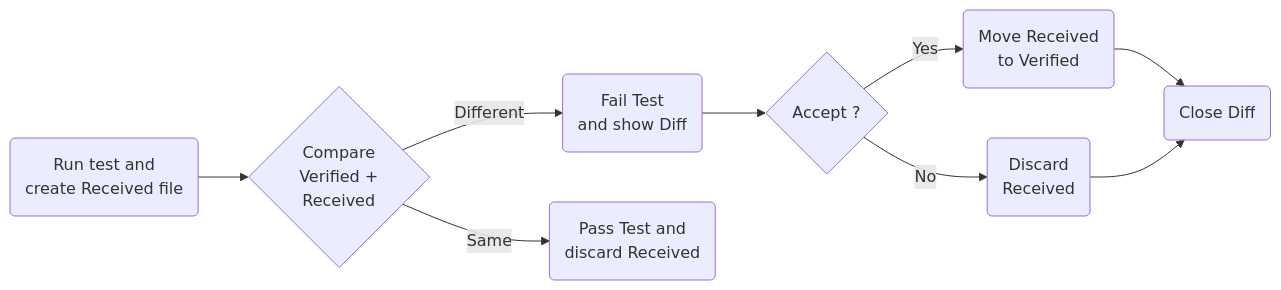
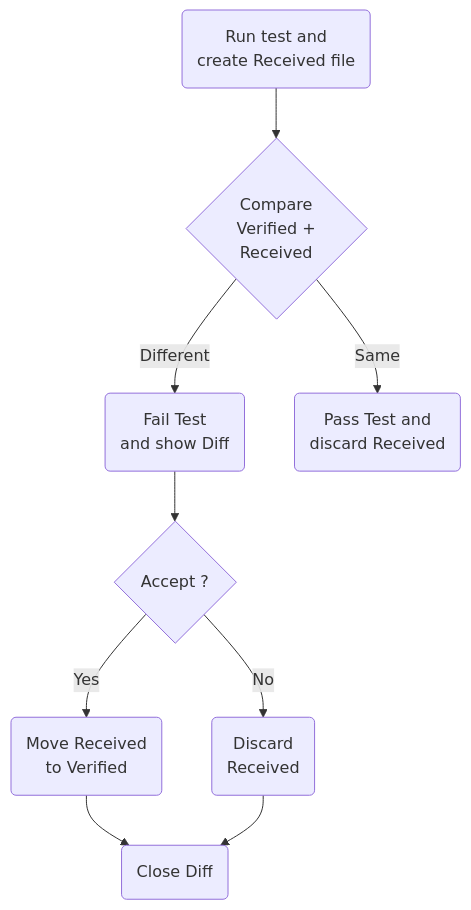
The second of 2 diagrams in readme.source.md (VerifyTests/Verify), drawn with Mermaid before and after one commit. The commit also changed other lines of this file, not shown here.

````diff
--- a/readme.source.md
+++ b/readme.source.md
@@ -141,20 +141,20 @@
 ```mermaid
-graph LR
+graph TD
 run(Run test and<br/>create Received file)
 closeDiff(Close Diff)
 failTest(Fail Test<br/>and show Diff)
 run-->isSame
 shouldAccept{Accept ?}
 failTest-->shouldAccept
 accept(Move Received<br/>to Verified)
 shouldAccept-- Yes -->accept
 discard(Discard<br/>Received)
 shouldAccept-- No -->discard
 
 isSame{Compare<br/>Verified +<br/>Received}
 passTest(Pass Test and<br/>discard Received)
 isSame-- Same --> passTest
 isSame-- Different --> failTest
 accept-->closeDiff
 discard-->closeDiff
 ```
````
